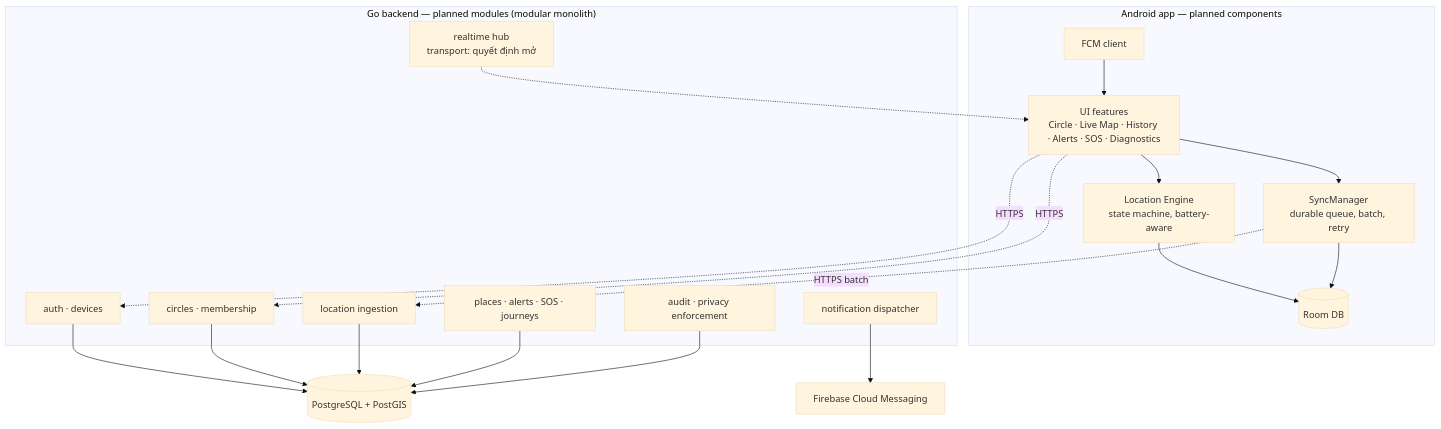
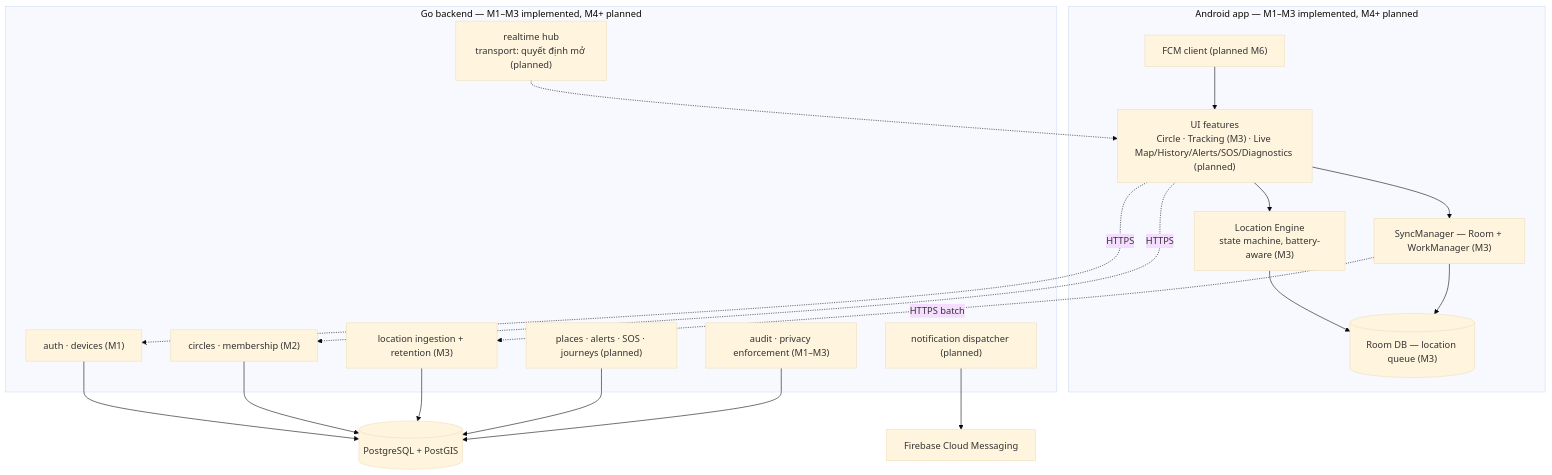
Before and after one commit to QuocDuong16/anve: the second of 5 diagrams in docs/architecture/overview.md, drawn with Mermaid (base theme). The commit also changed other lines of this file and 11 other files, not shown here.

First line of the commit message:
docs: record the M3 location engine design and verification status

````diff
--- a/docs/architecture/overview.md
+++ b/docs/architecture/overview.md
@@ -33,36 +38,36 @@
 ```mermaid
 flowchart TB
-    subgraph androidT["Android app — planned components"]
-        UIF["UI features<br/>Circle · Live Map · History · Alerts · SOS · Diagnostics"]
-        LE["Location Engine<br/>state machine, battery-aware"]
-        SYNC["SyncManager<br/>durable queue, batch, retry"]
-        ROOM[("Room DB")]
-        FCMC["FCM client"]
+    subgraph androidT["Android app — M1–M3 implemented, M4+ planned"]
+        UIF["UI features<br/>Circle · Tracking (M3) · Live Map/History/Alerts/SOS/Diagnostics (planned)"]
+        LE["Location Engine<br/>state machine, battery-aware (M3)"]
+        SYNC["SyncManager — Room + WorkManager (M3)"]
+        ROOM[("Room DB — location queue (M3)")]
+        FCMC["FCM client (planned M6)"]
     end
-    subgraph serverT["Go backend — planned modules (modular monolith)"]
-        AUTH["auth · devices"]
-        CIRC["circles · membership"]
-        ING["location ingestion"]
-        RT["realtime hub<br/>transport: quyết định mở"]
-        EVT["places · alerts · SOS · journeys"]
-        NOTIF["notification dispatcher"]
-        AUDIT["audit · privacy enforcement"]
+    subgraph serverT["Go backend — M1–M3 implemented, M4+ planned"]
+        AUTH["auth · devices (M1)"]
+        CIRC["circles · membership (M2)"]
+        ING["location ingestion + retention (M3)"]
+        RT["realtime hub<br/>transport: quyết định mở (planned)"]
+        EVT["places · alerts · SOS · journeys (planned)"]
+        NOTIF["notification dispatcher (planned)"]
+        AUDIT["audit · privacy enforcement (M1–M3)"]
     end
     PG[("PostgreSQL + PostGIS")]
     FCM["Firebase Cloud Messaging"]
     UIF --> LE
     UIF --> SYNC
     LE --> ROOM
     SYNC --> ROOM
     FCMC --> UIF
     SYNC -. "HTTPS batch" .-> ING
     UIF -. "HTTPS" .-> AUTH
     UIF -. "HTTPS" .-> CIRC
     RT -.-> UIF
     NOTIF --> FCM
     AUTH --> PG
     CIRC --> PG
     ING --> PG
     EVT --> PG
     AUDIT --> PG
 ```
````
